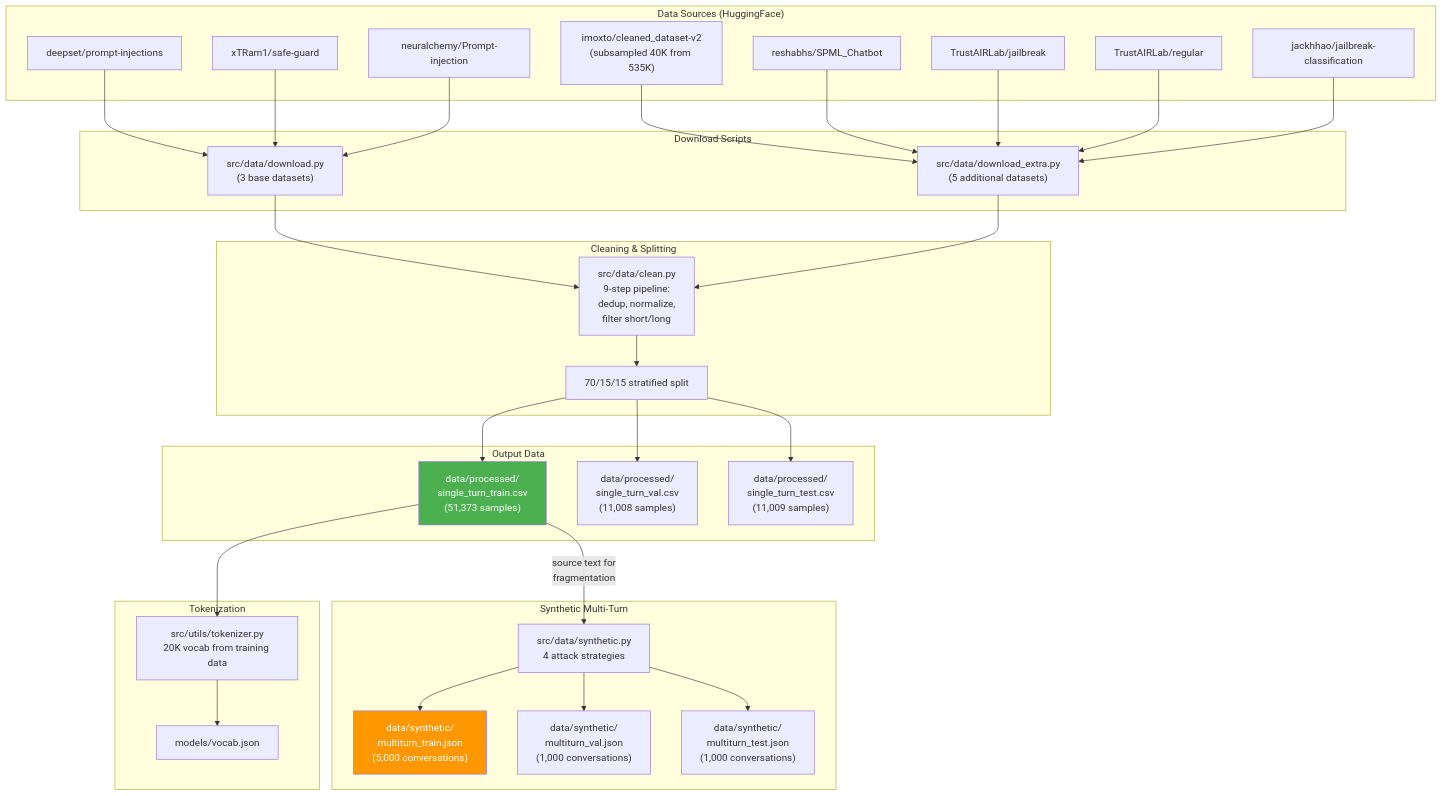
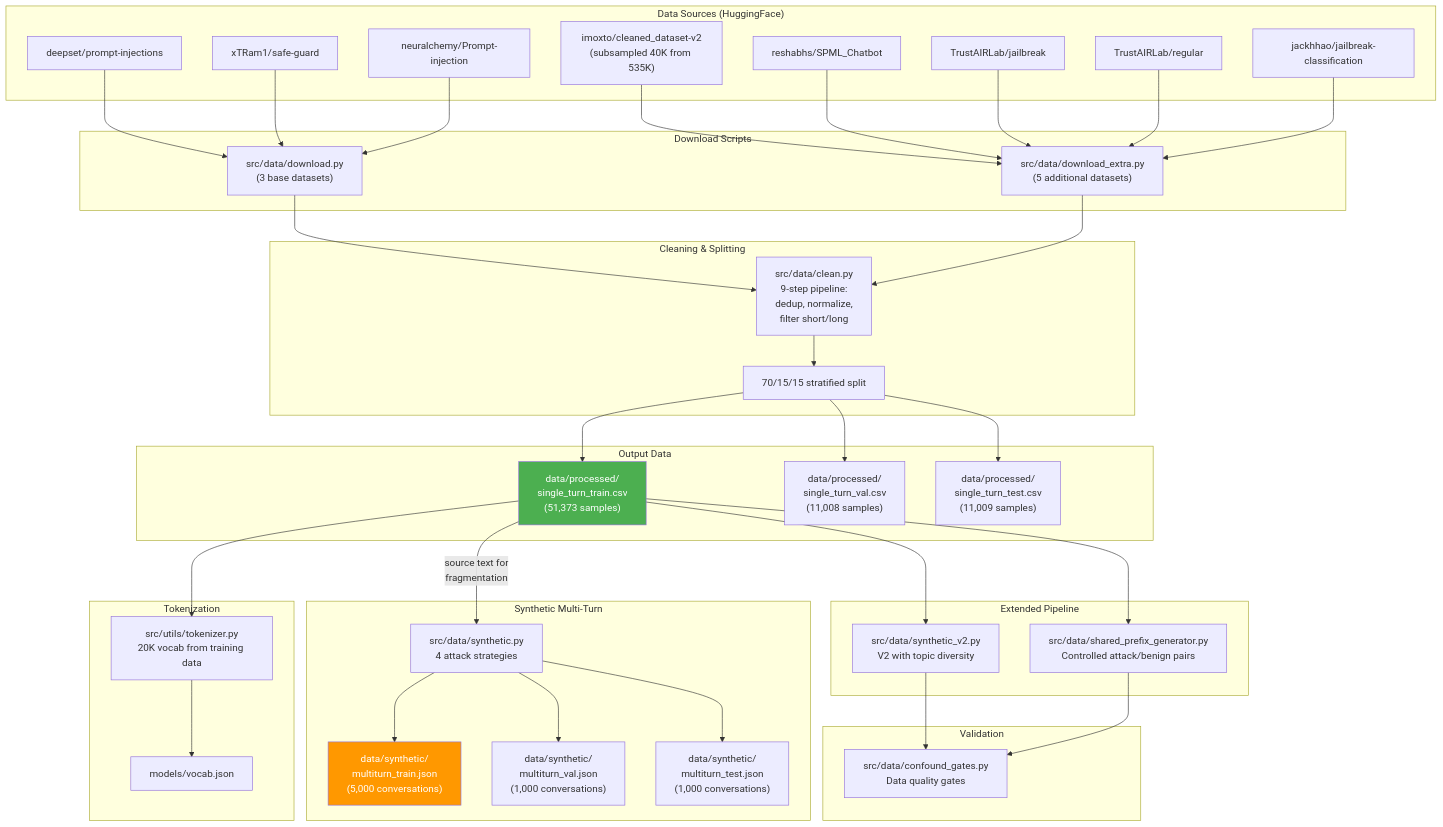
One commit to rocklambros/multiturn-injection-detection changed the first of 4 diagrams in README.md. Above: the diagram before and after it, drawn with Mermaid. The commit also changed other lines of this file, not shown here.

````diff
--- a/README.md
+++ b/README.md
@@ -93,56 +109,71 @@
 ```mermaid
 flowchart TD
     subgraph "Data Sources (HuggingFace)"
         HF1["deepset/prompt-injections"]
         HF2["xTRam1/safe-guard"]
         HF3["neuralchemy/Prompt-injection"]
         HF4["imoxto/cleaned_dataset-v2\n(subsampled 40K from 535K)"]
         HF5["reshabhs/SPML_Chatbot"]
         HF6["TrustAIRLab/jailbreak"]
         HF7["TrustAIRLab/regular"]
         HF8["jackhhao/jailbreak-classification"]
     end
 
     subgraph "Download Scripts"
         DL1["src/data/download.py\n(3 base datasets)"]
         DL2["src/data/download_extra.py\n(5 additional datasets)"]
     end
 
     subgraph "Cleaning & Splitting"
         CL["src/data/clean.py\n9-step pipeline:\ndedup, normalize,\nfilter short/long"]
         SP["70/15/15 stratified split"]
     end
 
     subgraph "Output Data"
         ST_TR["data/processed/\nsingle_turn_train.csv\n(51,373 samples)"]
         ST_VA["data/processed/\nsingle_turn_val.csv\n(11,008 samples)"]
         ST_TE["data/processed/\nsingle_turn_test.csv\n(11,009 samples)"]
     end
 
     HF1 & HF2 & HF3 --> DL1
     HF4 & HF5 & HF6 & HF7 & HF8 --> DL2
     DL1 --> CL
     DL2 --> CL
     CL --> SP
     SP --> ST_TR & ST_VA & ST_TE
 
     subgraph "Synthetic Multi-Turn"
         SY["src/data/synthetic.py\n4 attack strategies"]
         MT_TR["data/synthetic/\nmultiturn_train.json\n(5,000 conversations)"]
         MT_VA["data/synthetic/\nmultiturn_val.json\n(1,000 conversations)"]
         MT_TE["data/synthetic/\nmultiturn_test.json\n(1,000 conversations)"]
     end
 
     ST_TR -->|"source text for\nfragmentation"| SY
     SY --> MT_TR & MT_VA & MT_TE
 
+    subgraph "Extended Pipeline"
+        SPG["src/data/shared_prefix_generator.py\nControlled attack/benign pairs"]
+        SV2["src/data/synthetic_v2.py\nV2 with topic diversity"]
+    end
+
+    ST_TR --> SPG
+    ST_TR --> SV2
+
+    subgraph "Validation"
+        CG["src/data/confound_gates.py\nData quality gates"]
+    end
+
+    SV2 --> CG
+    SPG --> CG
+
     subgraph "Tokenization"
         TOK["src/utils/tokenizer.py\n20K vocab from training data"]
         VOC["models/vocab.json"]
     end
 
     ST_TR --> TOK --> VOC
 
     style ST_TR fill:#4CAF50,color:#fff
     style MT_TR fill:#FF9800,color:#fff
 ```
````
